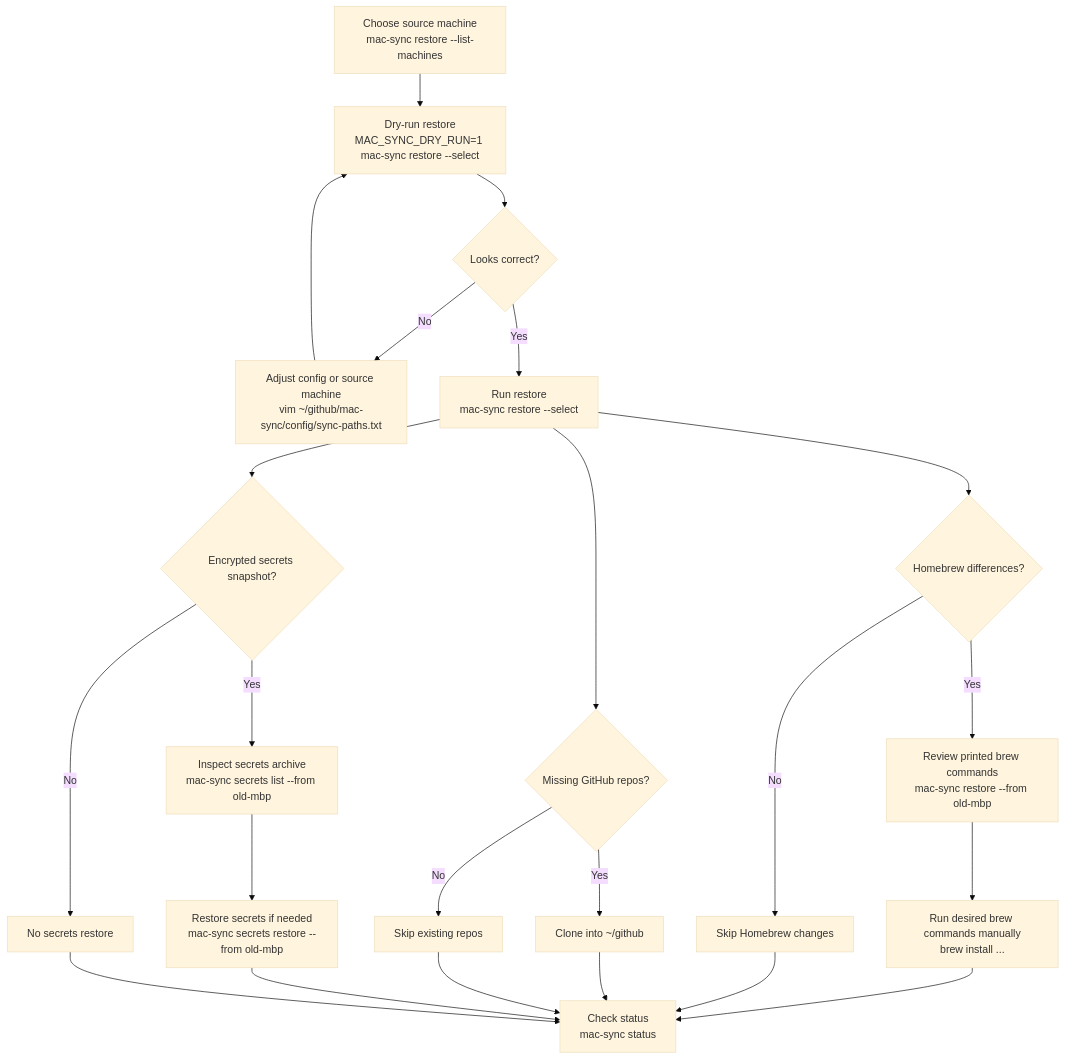
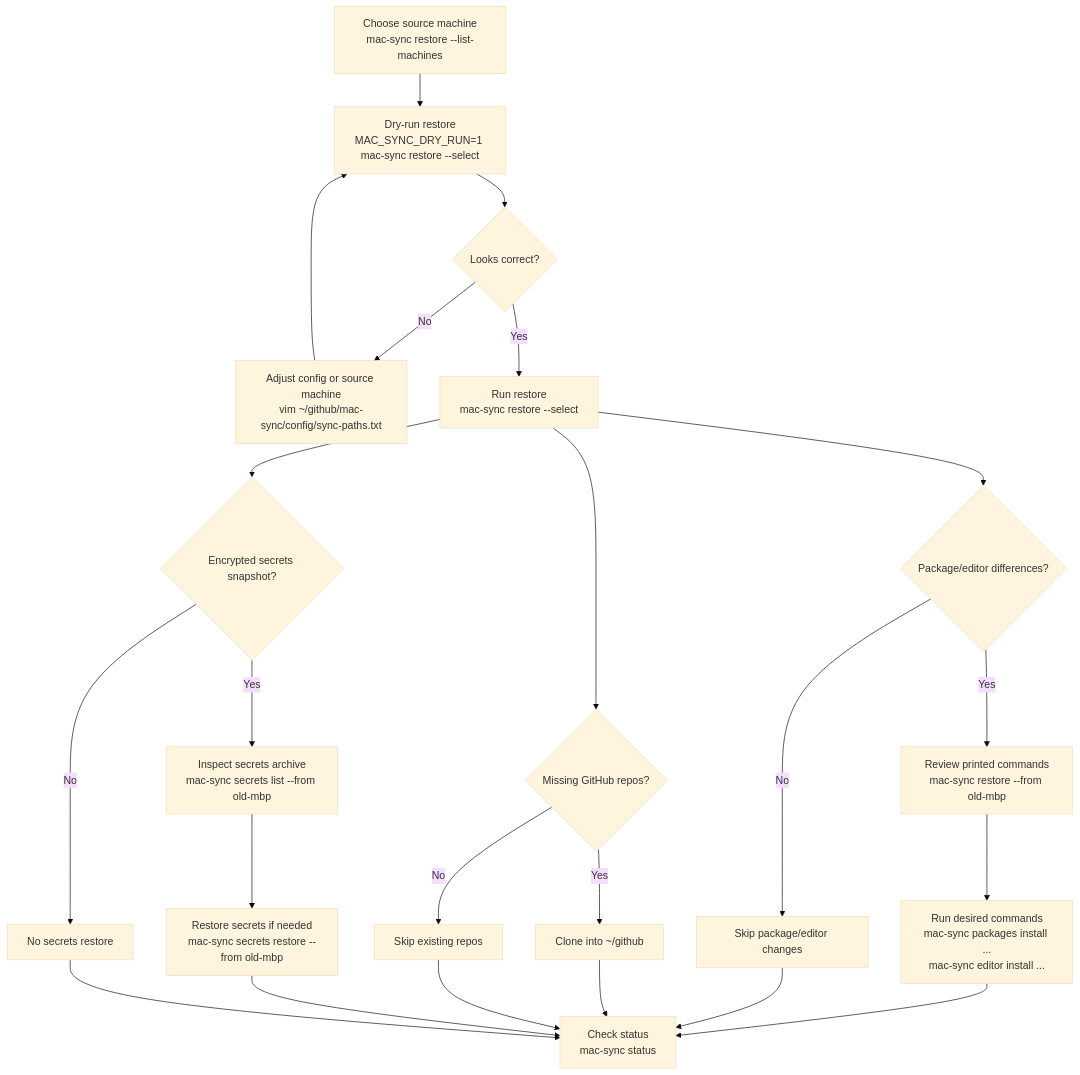
One commit to stephenlclarke/mac-sync changed the third of 4 diagrams in WORKFLOW.md. Above: the diagram before and after it, drawn with Mermaid (base theme). The commit also changed other lines of this file and 8 other files, not shown here.

Commit message:
feat: move restore operations into mac-sync

````diff
--- a/WORKFLOW.md
+++ b/WORKFLOW.md
@@ -257,25 +256,25 @@
 ```mermaid
 flowchart TD
   A["Choose source machine<br/>mac-sync restore --list-machines"] --> B["Dry-run restore<br/>MAC_SYNC_DRY_RUN=1 mac-sync restore --select"]
   B --> C{"Looks correct?"}
   C -- "No" --> D["Adjust config or source machine<br/>vim ~/github/mac-sync/config/sync-paths.txt"]
   D --> B
   C -- "Yes" --> E["Run restore<br/>mac-sync restore --select"]
-  E --> F{"Homebrew differences?"}
-  F -- "Yes" --> G["Review printed brew commands<br/>mac-sync restore --from old-mbp"]
-  F -- "No" --> H["Skip Homebrew changes"]
-  G --> I["Run desired brew commands manually<br/>brew install ..."]
+  E --> F{"Package/editor differences?"}
+  F -- "Yes" --> G["Review printed commands<br/>mac-sync restore --from old-mbp"]
+  F -- "No" --> H["Skip package/editor changes"]
+  G --> I["Run desired commands<br/>mac-sync packages install ...<br/>mac-sync editor install ..."]
   E --> R{"Missing GitHub repos?"}
   R -- "Yes" --> S["Clone into ~/github"]
   R -- "No" --> T["Skip existing repos"]
   E --> J{"Encrypted secrets snapshot?"}
   J -- "Yes" --> K["Inspect secrets archive<br/>mac-sync secrets list --from old-mbp"]
   K --> L["Restore secrets if needed<br/>mac-sync secrets restore --from old-mbp"]
   J -- "No" --> M["No secrets restore"]
   I --> N["Check status<br/>mac-sync status"]
   H --> N
   S --> N
   T --> N
   L --> N
   M --> N
 ```
````
